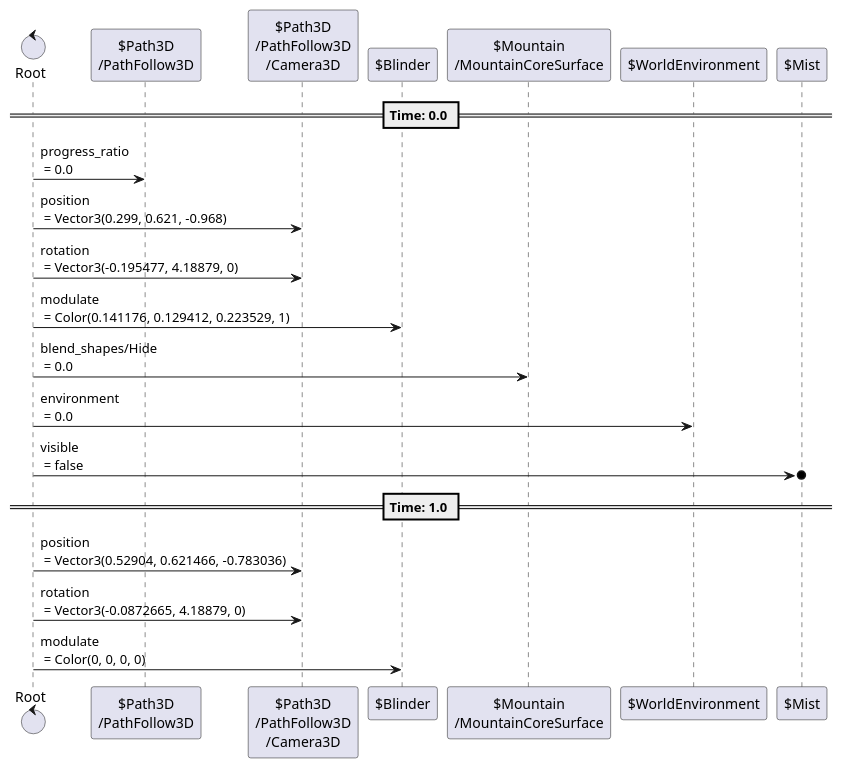
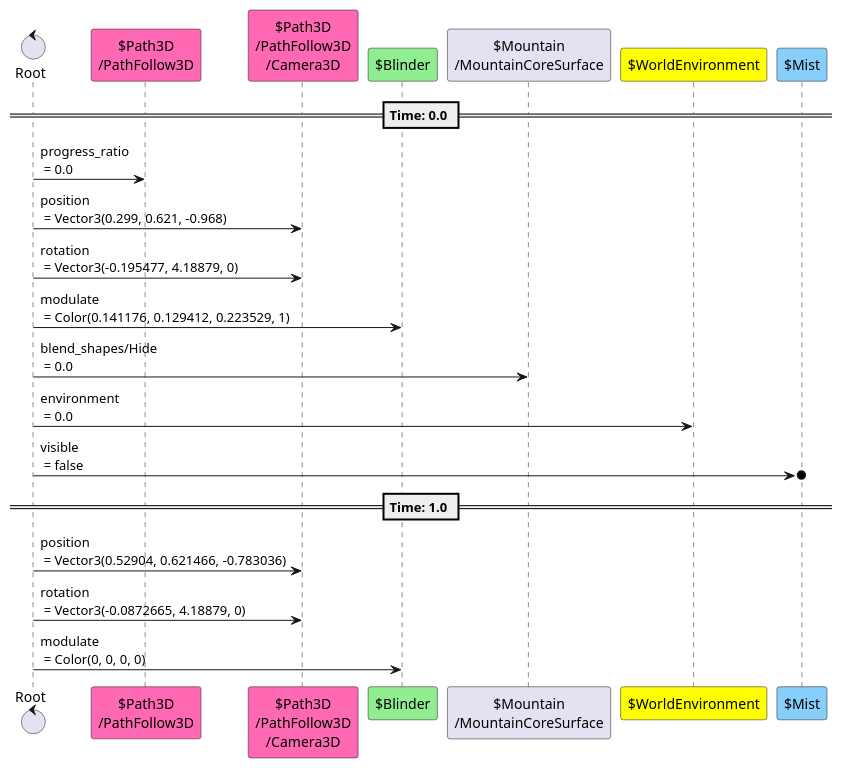
Before and after one commit to tkmfujise/Platformer-Game-Learning: diagram 14 of 23 in content/scenes/src/world/world.tscn.adoc, drawn with PlantUML. The commit also changed other lines of this file and 67 other files, not shown here.

```diff
--- a/content/scenes/src/world/world.tscn.adoc
+++ b/content/scenes/src/world/world.tscn.adoc
@@ -467,27 +467,27 @@
 [plantuml]
 ....
 control "Root" as R
-participant "$Path3D\n/PathFollow3D" as T0
-participant "$Path3D\n/PathFollow3D\n/Camera3D" as T1
-participant "$Blinder" as T3
-participant "$Mountain\n/MountainCoreSurface" as T4
-participant "$WorldEnvironment" as T5
-participant "$Mist" as T6
+participant "$Path3D\n/PathFollow3D" as T0 #FF69B4
+participant "$Path3D\n/PathFollow3D\n/Camera3D" as T1 #FF69B4
+participant "$Blinder" as T3 #90EE90
+participant "$Mountain\n/MountainCoreSurface" as T4 
+participant "$WorldEnvironment" as T5 #FFFF00
+participant "$Mist" as T6 #87CEFA
 
 
 
 == Time: 0.0 ==
 R  ->  T0 : progress_ratio\n = 0.0
 R  ->  T1 : position\n = Vector3(0.299, 0.621, -0.968)
 R  ->  T1 : rotation\n = Vector3(-0.195477, 4.18879, 0)
 R  ->  T3 : modulate\n = Color(0.141176, 0.129412, 0.223529, 1)
 R  ->  T4 : blend_shapes/Hide\n = 0.0
 R  ->  T5 : environment\n = 0.0
 R  ->o  T6 : visible\n = false
 == Time: 1.0 ==
 R  ->  T1 : position\n = Vector3(0.52904, 0.621466, -0.783036)
 R  ->  T1 : rotation\n = Vector3(-0.0872665, 4.18879, 0)
 R  ->  T3 : modulate\n = Color(0, 0, 0, 0)
 
 
 ....
```
